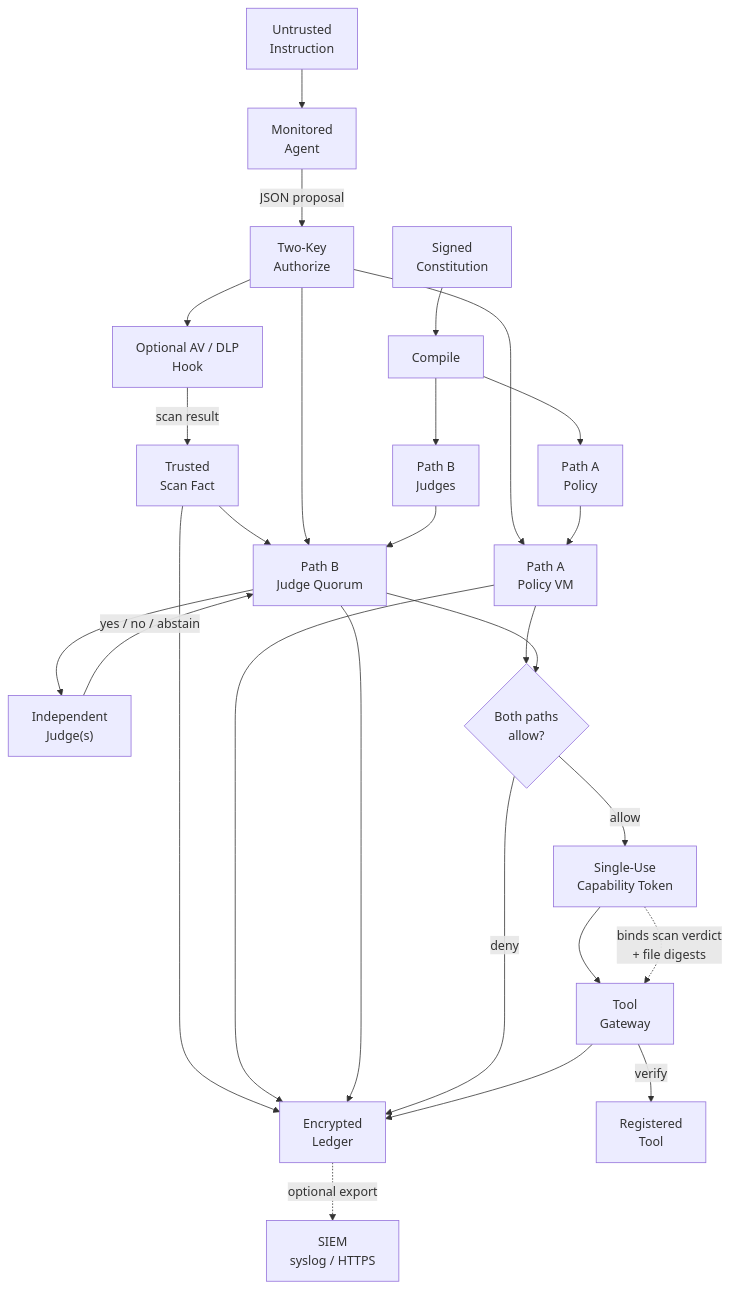
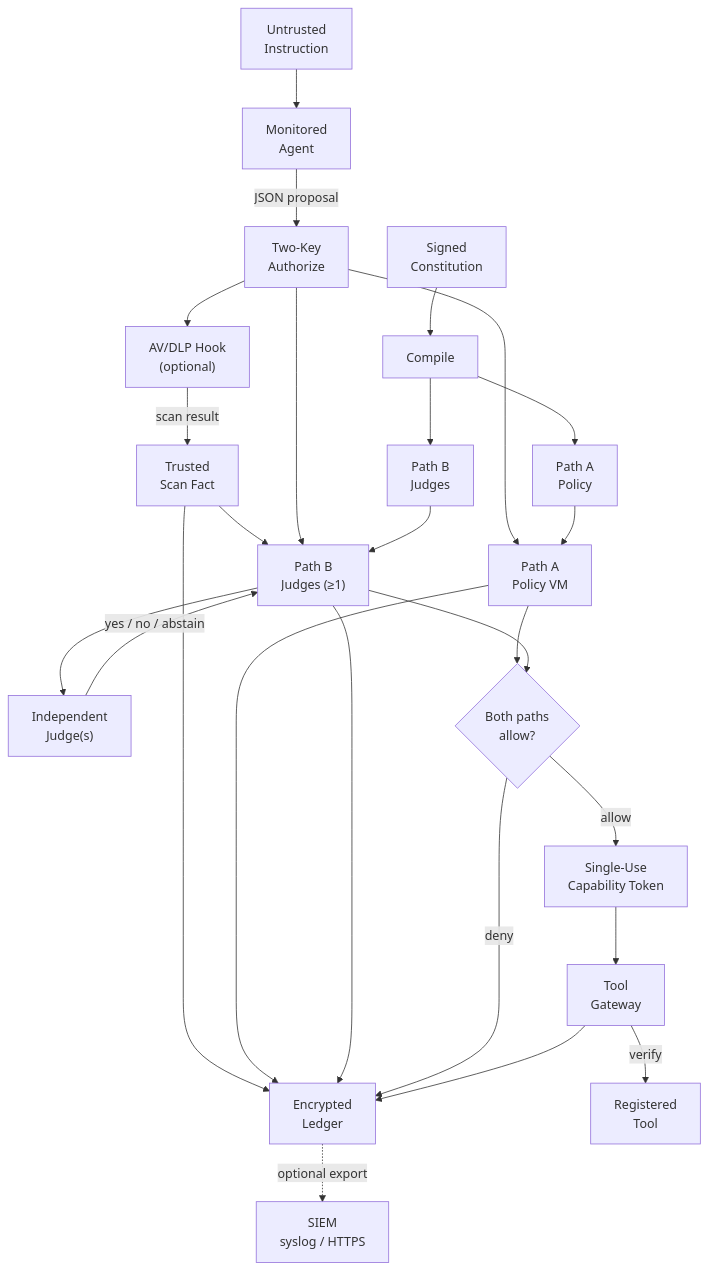
The second of 4 diagrams in README.md (Insomniac-VibeLabs/two-key), drawn with Mermaid before and after one commit.

````diff
--- a/README.md
+++ b/README.md
@@ -269,43 +269,41 @@
 ```mermaid
 flowchart TD
   constitution["Signed<br/>Constitution"] --> compile["Compile"]
   compile --> bytecode["Path A<br/>Policy"]
   compile --> judgeText["Path B<br/>Judges"]
 
   instruction["Untrusted<br/>Instruction"] --> agent["Monitored<br/>Agent"]
   agent -->|"JSON proposal"| authorize["Two-Key<br/>Authorize"]
 
   authorize --> pathA["Path A<br/>Policy VM"]
 
-  authorize --> scanner["Optional AV / DLP<br/>Hook"]
+  authorize --> scanner["AV/DLP Hook<br/>(optional)"]
   scanner -->|"scan result"| scanfact["Trusted<br/>Scan Fact"]
 
-  scanfact --> pathB["Path B<br/>Judge Quorum"]
+  scanfact --> pathB["Path B<br/>Judges (≥1)"]
   scanfact --> ledger["Encrypted<br/>Ledger"]
 
   authorize --> pathB
   judgeText --> pathB
 
   pathB --> judges["Independent<br/>Judge(s)"]
   judges -->|"yes / no / abstain"| pathB
 
   bytecode --> pathA
 
   pathA --> gate{"Both paths<br/>allow?"}
   pathB --> gate
 
   pathA --> ledger
   pathB --> ledger
 
   gate -->|"deny"| ledger
   gate -->|"allow"| token["Single-Use<br/>Capability Token"]
 
   token --> gateway["Tool<br/>Gateway"]
 
-  token -.->|"binds scan verdict<br/>+ file digests"| gateway
-
   gateway -->|"verify"| tool["Registered<br/>Tool"]
   gateway --> ledger
 
   ledger -.->|"optional export"| siem["SIEM<br/>syslog / HTTPS"]
 ```
````
